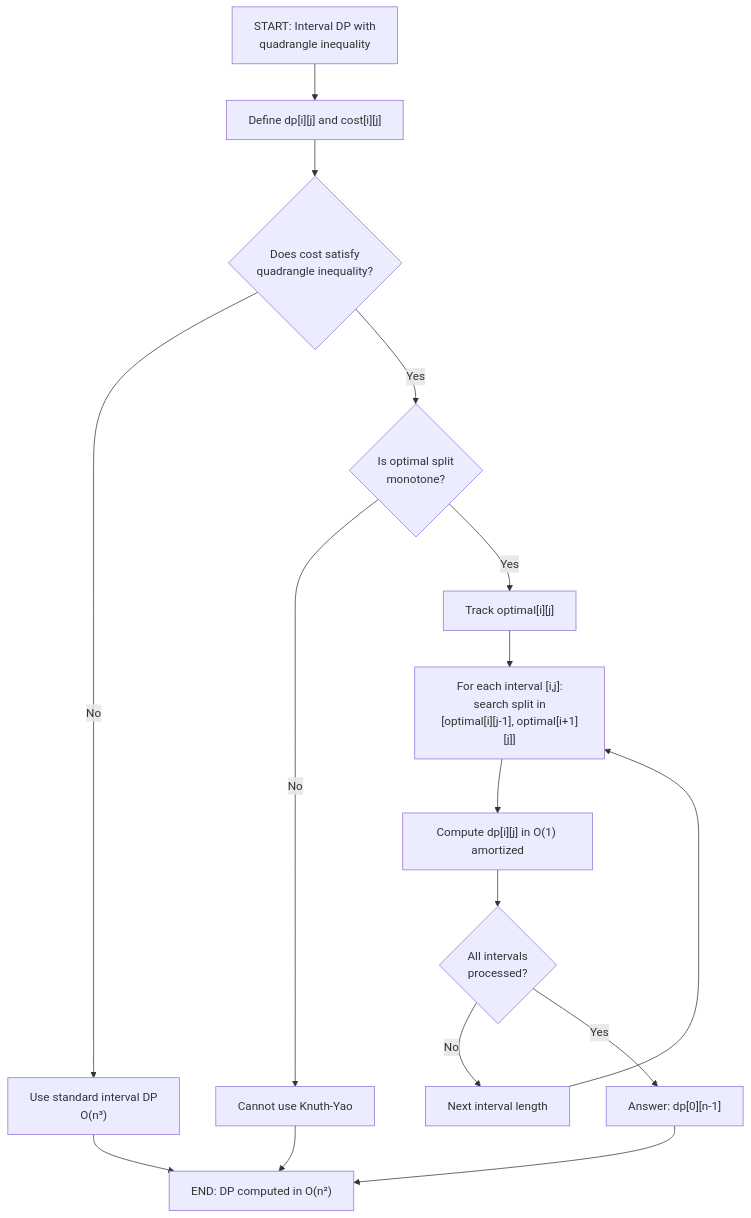
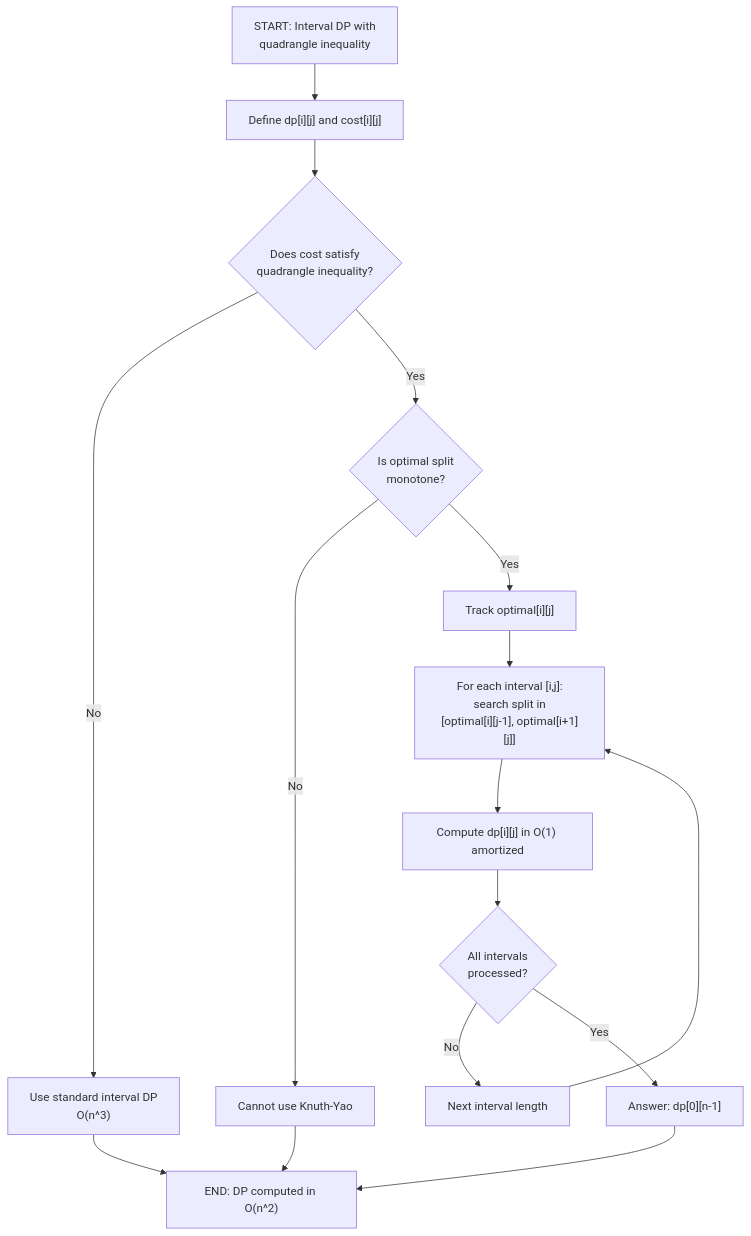
Diagram 17 of 41 in docs/algorithms/advanced/advanced_algorithms.md (souradeepta/interviewprep), drawn with Mermaid before and after one commit. The commit also changed other lines of this file, not shown here.

Commit message:
fix: replace Unicode superscript characters with ASCII equivalents in Mermaid flowchart

````diff
--- a/docs/algorithms/advanced/advanced_algorithms.md
+++ b/docs/algorithms/advanced/advanced_algorithms.md
@@ -736,18 +736,18 @@
 ```mermaid
 flowchart TD
     A["START: Interval DP with<br/>quadrangle inequality"] --> B["Define dp[i][j] and cost[i][j]"]
     B --> C{"Does cost satisfy<br/>quadrangle inequality?"}
-    C -->|No| D["Use standard interval DP<br/>O(n³)"]
+    C -->|No| D["Use standard interval DP<br/>O(n^3)"]
     C -->|Yes| E{"Is optimal split<br/>monotone?"}
     E -->|No| F["Cannot use Knuth-Yao"]
     E -->|Yes| G["Track optimal[i][j]"]
     G --> H["For each interval [i,j]:<br/>search split in<br/>[optimal[i][j-1], optimal[i+1][j]]"]
     H --> I["Compute dp[i][j] in O(1) amortized"]
     I --> J{"All intervals<br/>processed?"}
     J -->|No| K["Next interval length"]
     K --> H
     J -->|Yes| L["Answer: dp[0][n-1]"]
-    L --> M["END: DP computed in O(n²)"]
+    L --> M["END: DP computed in O(n^2)"]
     D --> M
     F --> M
 ```
````
